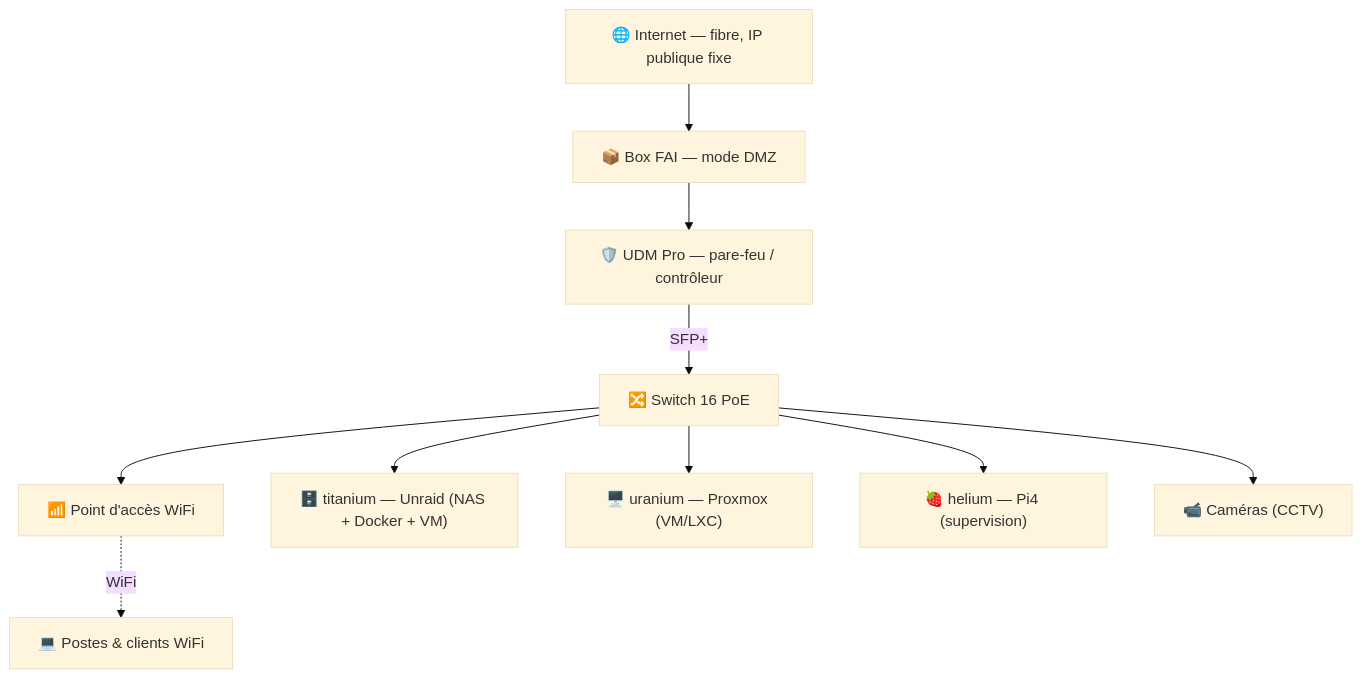
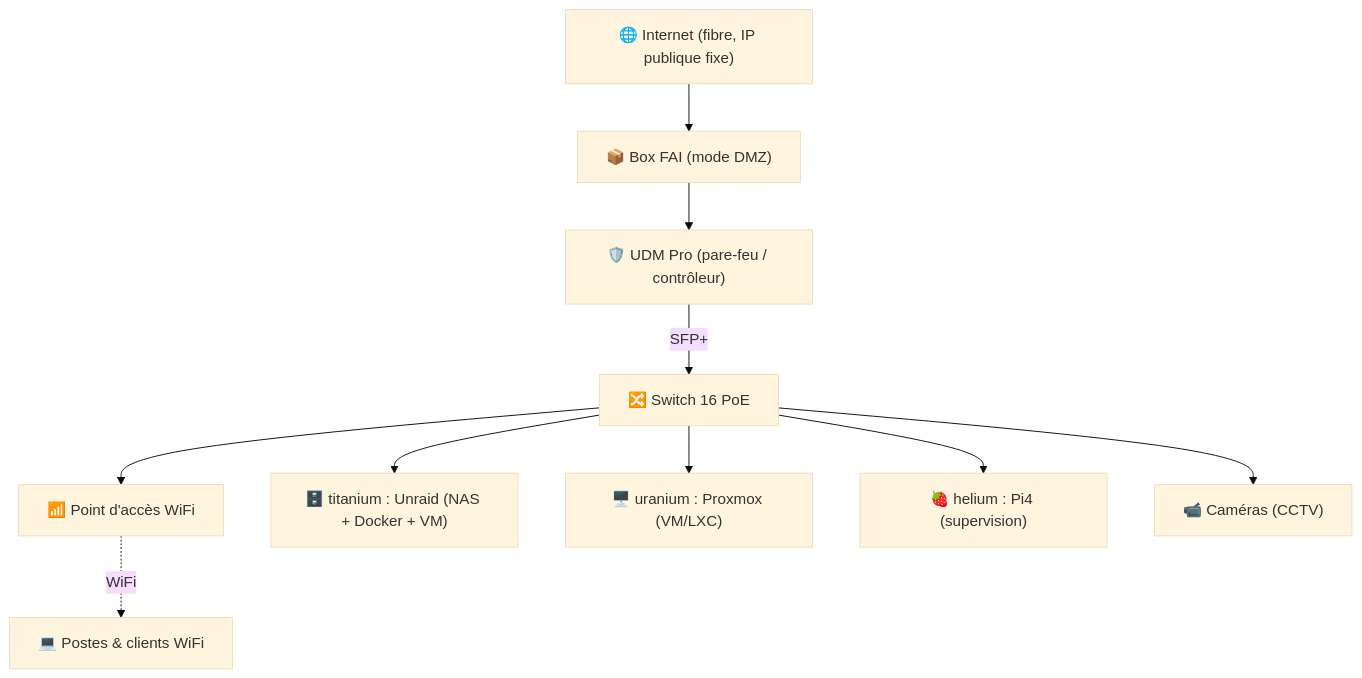
One commit to Dam0rt/homelab-public changed the first of 4 diagrams in schemas.md. Above: the diagram before and after it, drawn with Mermaid (base theme). The commit also changed other lines of this file and 16 other files, not shown here.

````diff
--- a/schemas.md
+++ b/schemas.md
@@ -7,23 +7,23 @@
 ```mermaid
 graph TD
-    INET["🌐 Internet — fibre, IP publique fixe"]
-    BOX["📦 Box FAI — mode DMZ"]
-    UDM["🛡️ UDM Pro — pare-feu / contrôleur"]
+    INET["🌐 Internet (fibre, IP publique fixe)"]
+    BOX["📦 Box FAI (mode DMZ)"]
+    UDM["🛡️ UDM Pro (pare-feu / contrôleur)"]
     SW["🔀 Switch 16 PoE"]
     AP["📶 Point d'accès WiFi"]
-    TIT["🗄️ titanium — Unraid (NAS + Docker + VM)"]
-    URA["🖥️ uranium — Proxmox (VM/LXC)"]
-    HEL["🍓 helium — Pi4 (supervision)"]
+    TIT["🗄️ titanium : Unraid (NAS + Docker + VM)"]
+    URA["🖥️ uranium : Proxmox (VM/LXC)"]
+    HEL["🍓 helium : Pi4 (supervision)"]
     CAM["📹 Caméras (CCTV)"]
     CLI["💻 Postes & clients WiFi"]
 
     INET --> BOX
     BOX --> UDM
     UDM -->|SFP+| SW
     SW --> TIT
     SW --> URA
     SW --> HEL
     SW --> CAM
     SW --> AP
     AP -. WiFi .-> CLI
 ```
````
